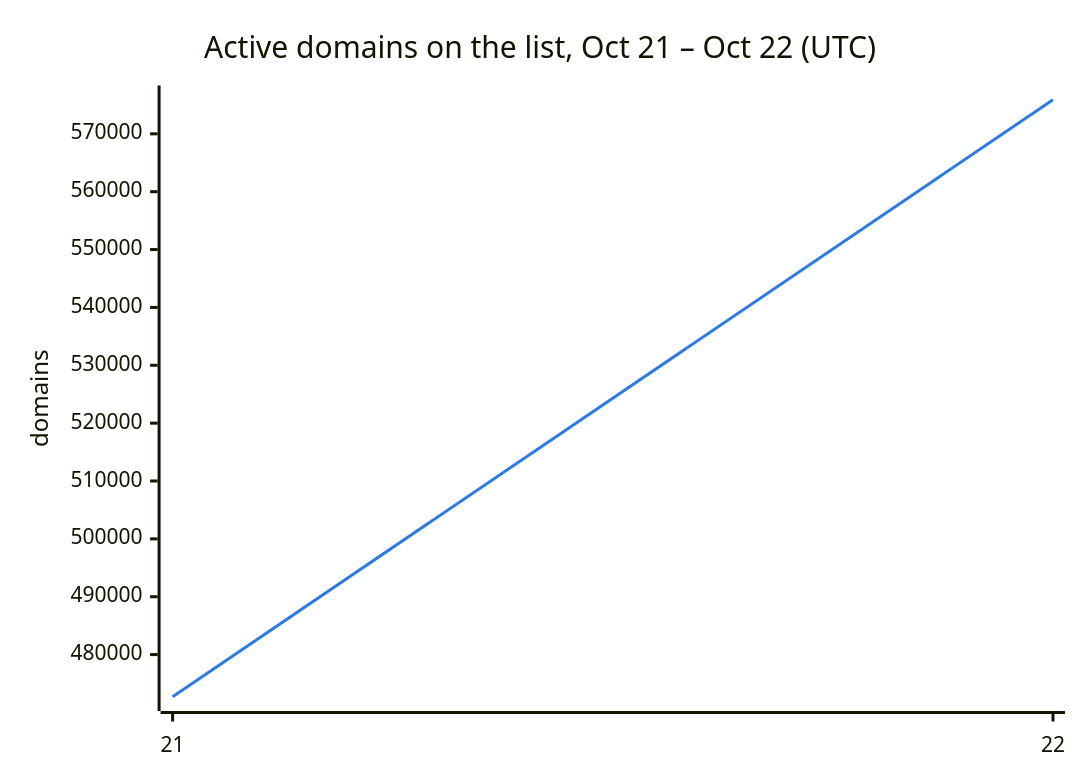
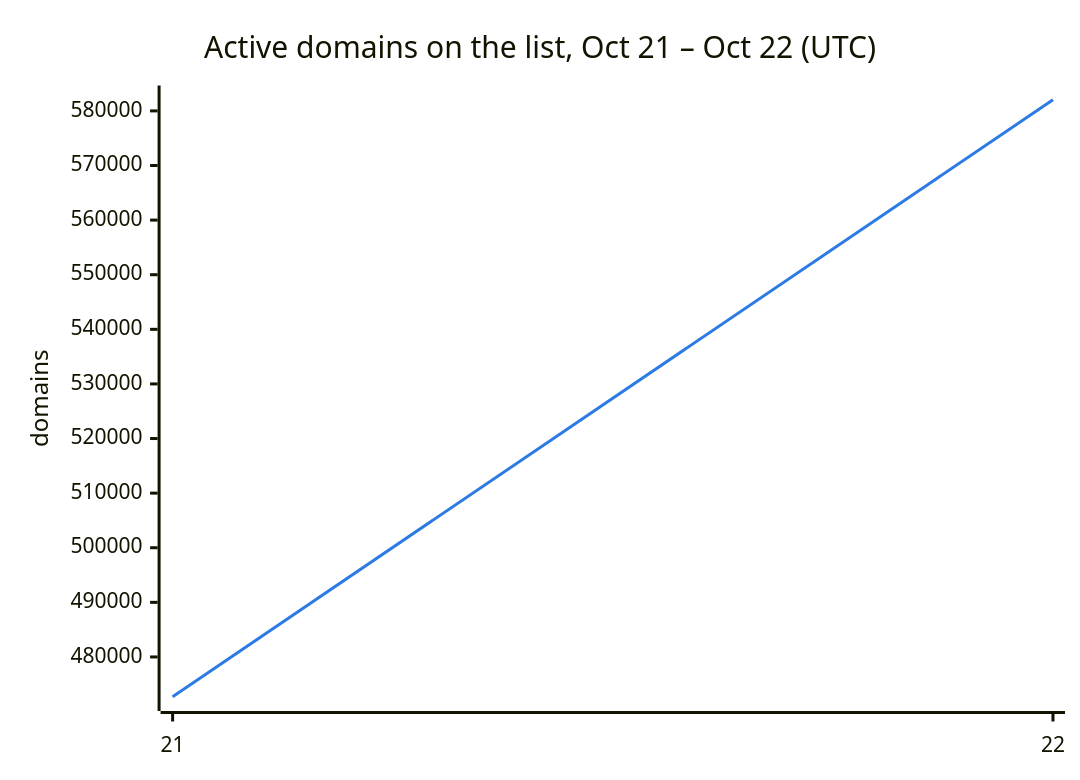
The second of 3 diagrams in README.md (DNSBunker/CTI), drawn with Mermaid before and after one commit. The commit also changed other lines of this file and 3 other files, not shown here.

````diff
--- a/README.md
+++ b/README.md
@@ -38,8 +38,8 @@
 ```mermaid
 %%{init: {"themeVariables": {"xyChart": {"plotColorPalette": "#2c7be5"}}}}%%
 xychart-beta
     title "Active domains on the list, Oct 21 – Oct 22 (UTC)"
     x-axis ["21", "22"]
     y-axis "domains"
-    line [472713, 575891]
+    line [472713, 582041]
 ```
````
